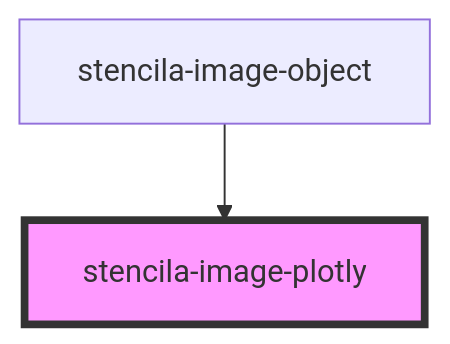
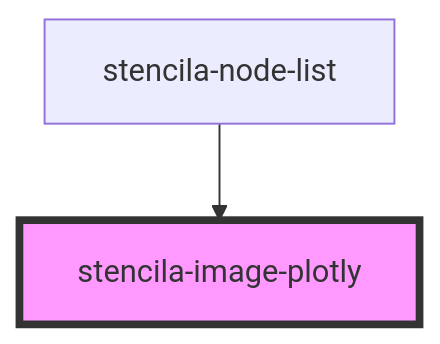
Before and after one commit to stencila/designa: the diagram in packages/components/src/components/imagePlotly/readme.md, drawn with Mermaid. The commit also changed other lines of this file and 12 other files, not shown here.

Commit message:
fix(Plotly image): Load Plotly.js on demand; refactor naming and instantiation

````diff
--- a/packages/components/src/components/imagePlotly/readme.md
+++ b/packages/components/src/components/imagePlotly/readme.md
@@ -22,5 +23,5 @@
 ```mermaid
 graph TD;
-  stencila-image-object --> stencila-image-plotly
+  stencila-node-list --> stencila-image-plotly
   style stencila-image-plotly fill:#f9f,stroke:#333,stroke-width:4px
 ```
````
